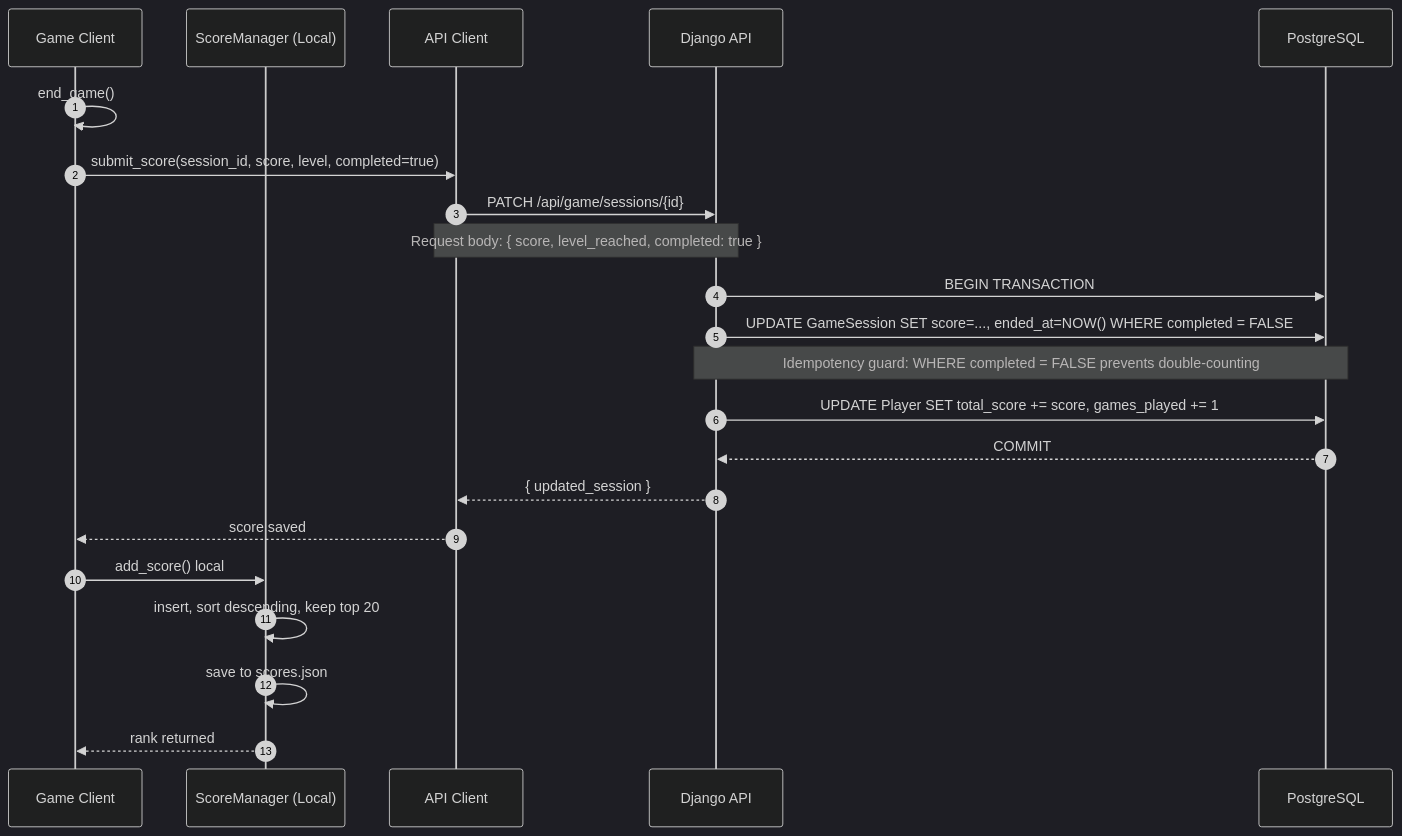
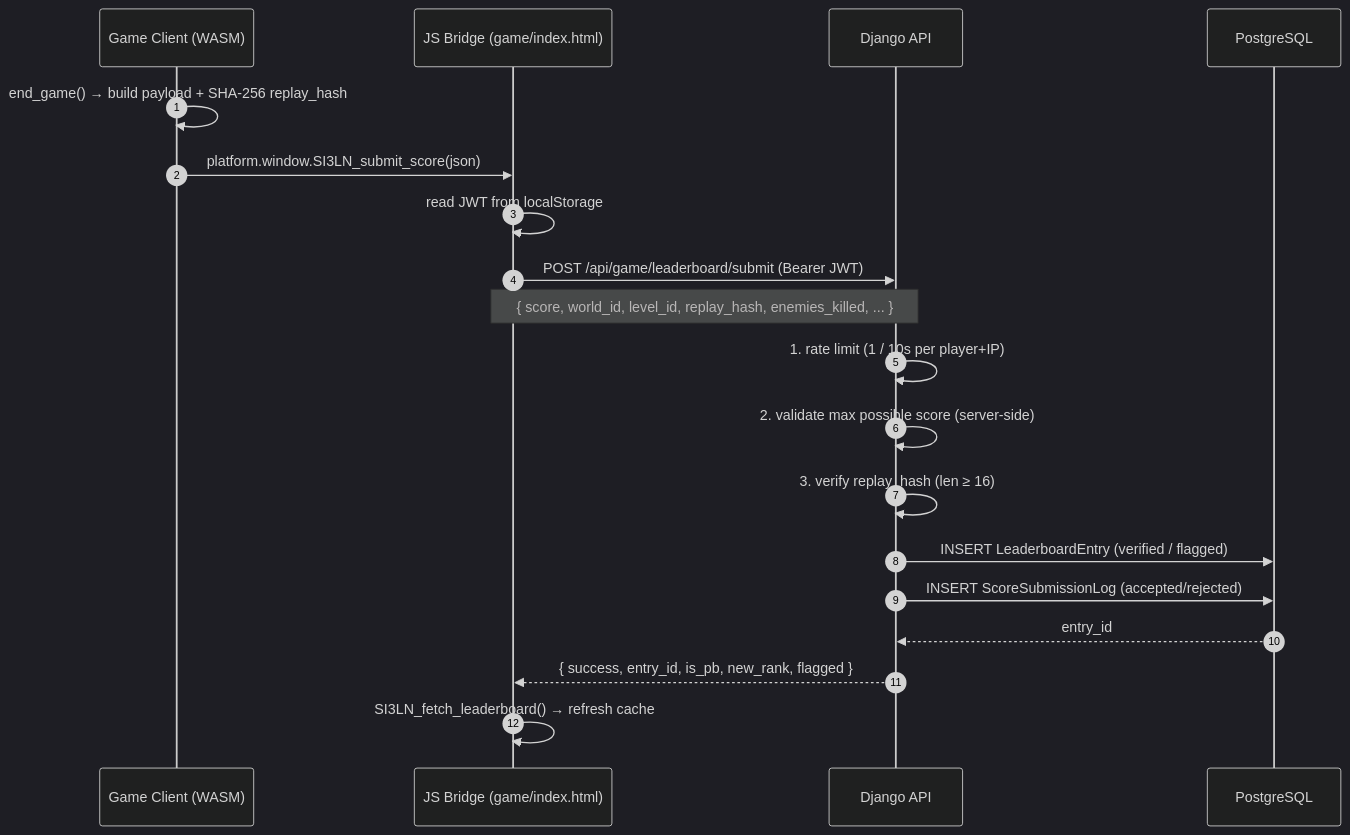
The sixth of 9 diagrams in STAGE3.md (hugou74130/SI3LN_Python), drawn with Mermaid (dark theme) before and after one commit. The commit also changed other lines of this file, not shown here.

Commit message:
feat: update technical documentation for ARCAD3X game client, including API endpoints and score submission process

````diff
--- a/STAGE3.md
+++ b/STAGE3.md
@@ -805,25 +857,23 @@
 ```mermaid
 sequenceDiagram
     autonumber
-    participant GameClient as Game Client
-    participant ScoreManager as ScoreManager (Local)
-    participant APIClient as API Client
+    participant GameClient as Game Client (WASM)
+    participant Bridge as JS Bridge (game/index.html)
     participant DjangoAPI as Django API
     participant PostgreSQL as PostgreSQL
 
-    GameClient->>GameClient: end_game()
-    GameClient->>APIClient: submit_score(session_id, score, level, completed=true)
-    APIClient->>DjangoAPI: PATCH /api/game/sessions/{id}
-    Note over APIClient,DjangoAPI: Request body: { score, level_reached, completed: true }
-    DjangoAPI->>PostgreSQL: BEGIN TRANSACTION
-    DjangoAPI->>PostgreSQL: UPDATE GameSession SET score=..., ended_at=NOW() WHERE completed = FALSE
-    Note over DjangoAPI,PostgreSQL: Idempotency guard: WHERE completed = FALSE prevents double-counting
-    DjangoAPI->>PostgreSQL: UPDATE Player SET total_score += score, games_played += 1
-    PostgreSQL-->>DjangoAPI: COMMIT
-    DjangoAPI-->>APIClient: { updated_session }
-    APIClient-->>GameClient: score saved
-    GameClient->>ScoreManager: add_score() local
-    ScoreManager->>ScoreManager: insert, sort descending, keep top 20
-    ScoreManager->>ScoreManager: save to scores.json
-    ScoreManager-->>GameClient: rank returned
+    GameClient->>GameClient: end_game() → build payload + SHA-256 replay_hash
+    GameClient->>Bridge: platform.window.SI3LN_submit_score(json)
+    Bridge->>Bridge: read JWT from localStorage
+    Bridge->>DjangoAPI: POST /api/game/leaderboard/submit (Bearer JWT)
+    Note over Bridge,DjangoAPI: { score, world_id, level_id, replay_hash, enemies_killed, ... }
+
+    DjangoAPI->>DjangoAPI: 1. rate limit (1 / 10s per player+IP)
+    DjangoAPI->>DjangoAPI: 2. validate max possible score (server-side)
+    DjangoAPI->>DjangoAPI: 3. verify replay_hash (len ≥ 16)
+    DjangoAPI->>PostgreSQL: INSERT LeaderboardEntry (verified / flagged)
+    DjangoAPI->>PostgreSQL: INSERT ScoreSubmissionLog (accepted/rejected)
+    PostgreSQL-->>DjangoAPI: entry_id
+    DjangoAPI-->>Bridge: { success, entry_id, is_pb, new_rank, flagged }
+    Bridge->>Bridge: SI3LN_fetch_leaderboard() → refresh cache
 ```
````
